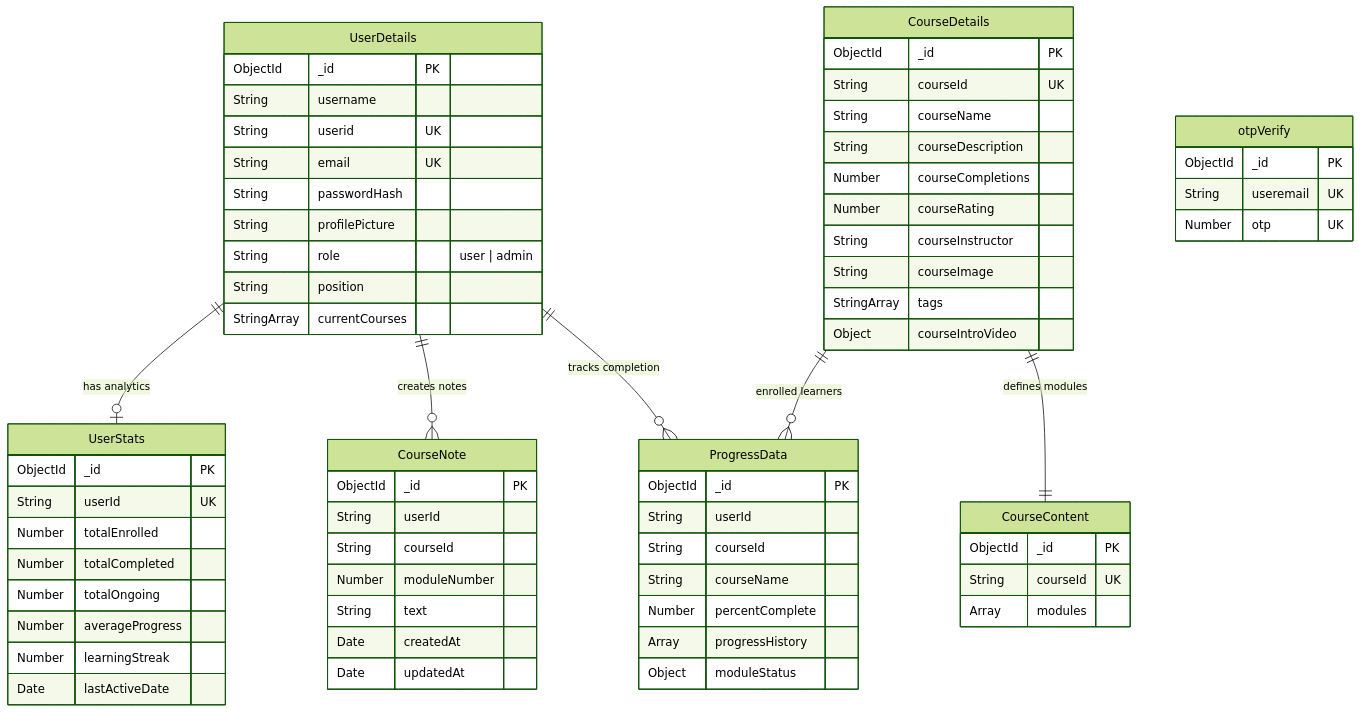
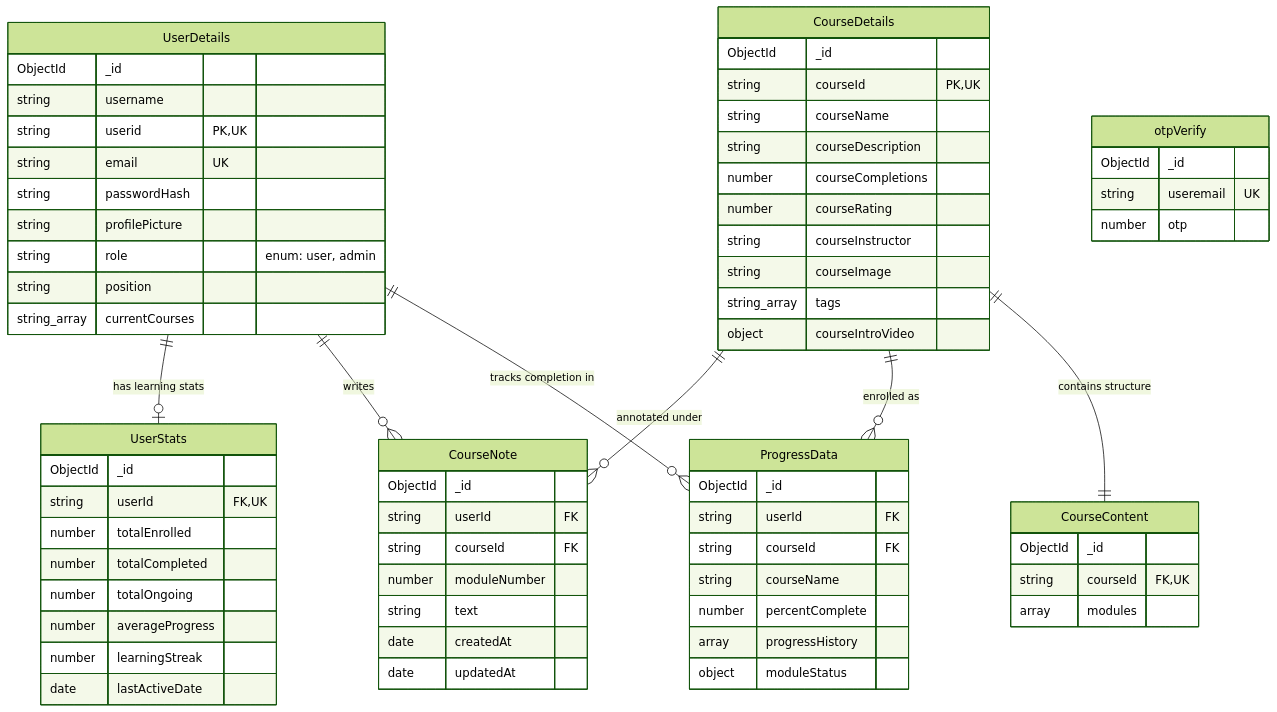
The second of 3 diagrams in architecture.md (abdul8704/EduTrack), drawn with Mermaid (forest theme) before and after one commit. The commit also changed other lines of this file, not shown here.

Commit message:
docs: sync architecture, API surface, and data models with implementation

````diff
--- a/architecture.md
+++ b/architecture.md
@@ -167,76 +165,77 @@
 ```mermaid
 erDiagram
+    UserDetails ||--o{ ProgressData : "tracks completion in"
+    UserDetails ||--o{ CourseNote : "writes"
+    UserDetails ||--o| UserStats : "has learning stats"
+    CourseDetails ||--|| CourseContent : "contains structure"
+    CourseDetails ||--o{ ProgressData : "enrolled as"
+    CourseDetails ||--o{ CourseNote : "annotated under"
+
     UserDetails {
-        ObjectId _id PK
-        String username
-        String userid UK
-        String email UK
-        String passwordHash
-        String profilePicture
-        String role "user | admin"
-        String position
-        StringArray currentCourses
+        ObjectId _id
+        string username
+        string userid PK,UK
+        string email UK
+        string passwordHash
+        string profilePicture
+        string role "enum: user, admin"
+        string position
+        string_array currentCourses
     }
 
     CourseDetails {
-        ObjectId _id PK
-        String courseId UK
-        String courseName
-        String courseDescription
-        Number courseCompletions
-        Number courseRating
-        String courseInstructor
-        String courseImage
-        StringArray tags
-        Object courseIntroVideo
+        ObjectId _id
+        string courseId PK,UK
+        string courseName
+        string courseDescription
+        number courseCompletions
+        number courseRating
+        string courseInstructor
+        string courseImage
+        string_array tags
+        object courseIntroVideo
     }
 
     CourseContent {
-        ObjectId _id PK
-        String courseId UK
-        Array modules
+        ObjectId _id
+        string courseId FK,UK
+        array modules
     }
 
     ProgressData {
-        ObjectId _id PK
-        String userId
-        String courseId
-        String courseName
-        Number percentComplete
-        Array progressHistory
-        Object moduleStatus
+        ObjectId _id
+        string userId FK
+        string courseId FK
+        string courseName
+        number percentComplete
+        array progressHistory
+        object moduleStatus
     }
 
     CourseNote {
-        ObjectId _id PK
-        String userId
-        String courseId
-        Number moduleNumber
-        String text
-        Date createdAt
-        Date updatedAt
+        ObjectId _id
+        string userId FK
+        string courseId FK
+        number moduleNumber
+        string text
+        date createdAt
+        date updatedAt
     }
 
     UserStats {
-        ObjectId _id PK
-        String userId UK
-        Number totalEnrolled
-        Number totalCompleted
-        Number totalOngoing
-        Number averageProgress
-        Number learningStreak
-        Date lastActiveDate
+        ObjectId _id
+        string userId FK,UK
+        number totalEnrolled
+        number totalCompleted
+        number totalOngoing
+        number averageProgress
+        number learningStreak
+        date lastActiveDate
     }
 
     otpVerify {
-        ObjectId _id PK
-        String useremail UK
-        Number otp UK
+        ObjectId _id
+        string useremail UK
+        number otp
     }
-
-    UserDetails ||--o{ ProgressData : "tracks completion"
-    UserDetails ||--o{ CourseNote : "creates notes"
-    UserDetails ||--o| UserStats : "has analytics"
-    CourseDetails ||--|| CourseContent : "defines modules"
-    CourseDetails ||--o{ ProgressData : "enrolled learners"
 ```
````
